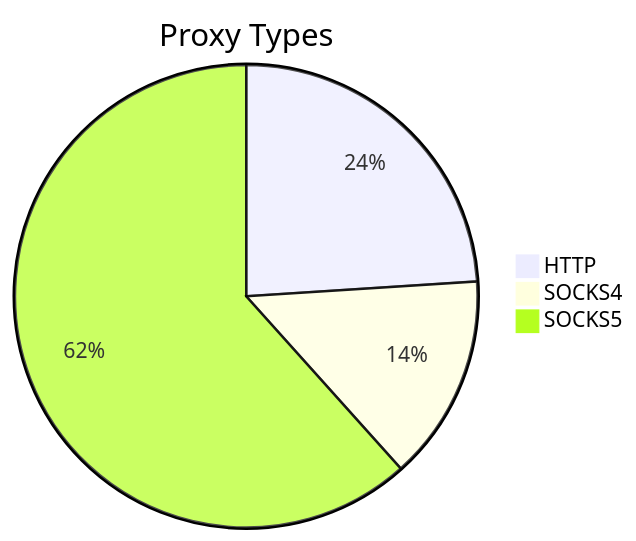
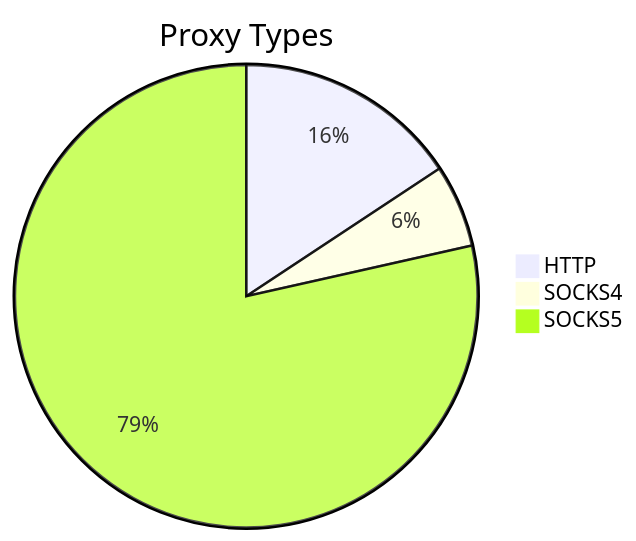
The first of 2 diagrams in README.md (stormsia/proxy-list), drawn with Mermaid before and after one commit. The commit also changed other lines of this file, not shown here.

````diff
--- a/README.md
+++ b/README.md
@@ -21,6 +21,6 @@
 ```mermaid
 pie title Proxy Types
-    "HTTP" : 205
-    "SOCKS4" : 123
-    "SOCKS5" : 527
+    "HTTP" : 125
+    "SOCKS4" : 46
+    "SOCKS5" : 625
 ```
````
